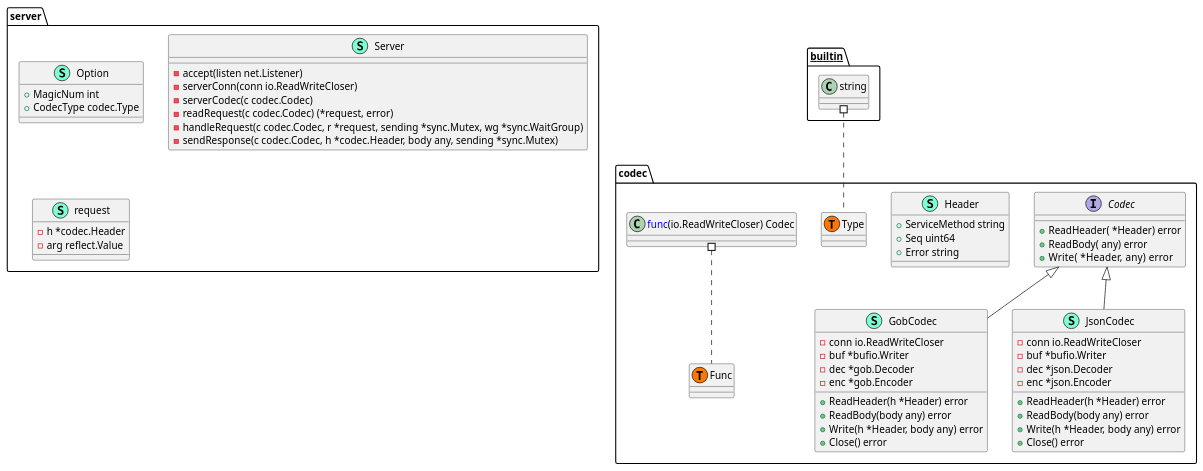
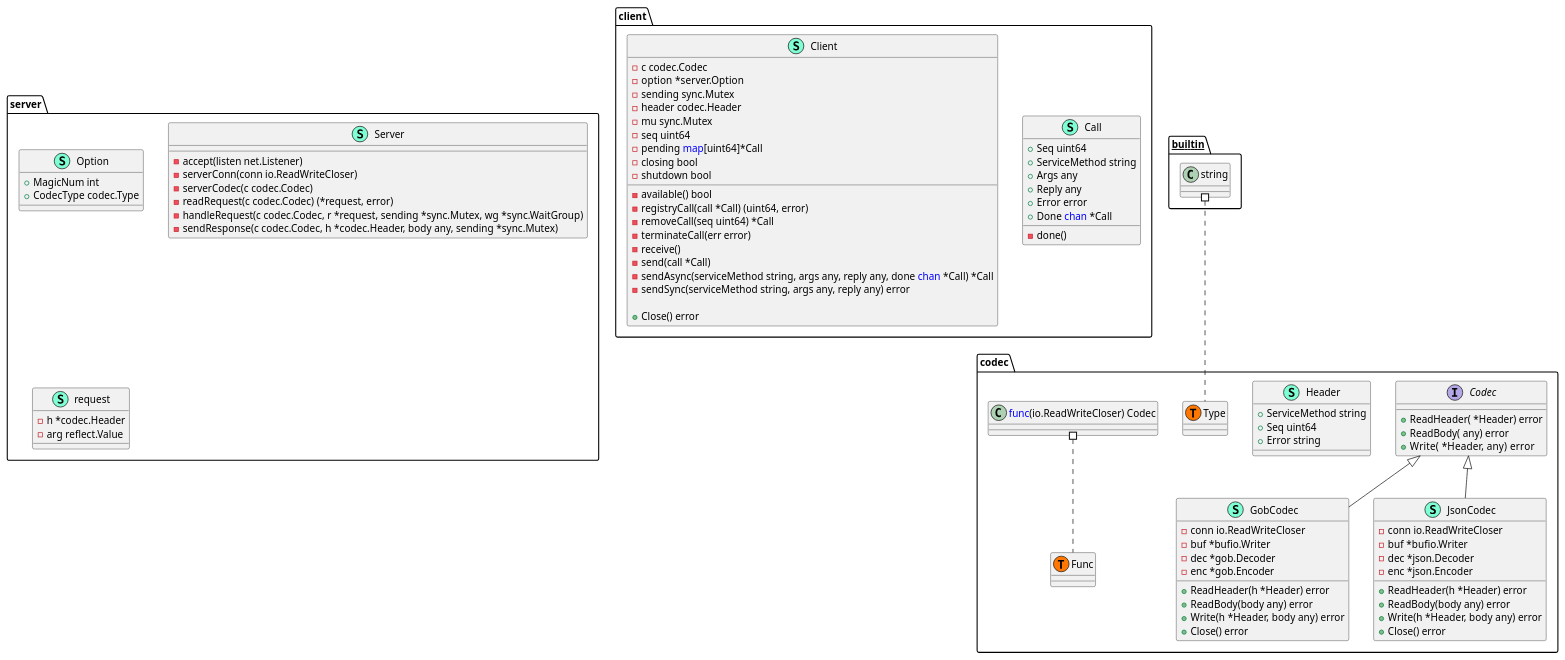
One commit to xiaokexiang/go-rpc-demo changed the diagram in go-rpc.puml. Above: the diagram before and after it, drawn with PlantUML. The commit also changed 4 other files, not shown here.

```diff
--- a/go-rpc.puml
+++ b/go-rpc.puml
@@ -1,76 +1,114 @@
 @startuml
+namespace client {
+    class Call << (S,Aquamarine) >> {
+        + Seq uint64
+        + ServiceMethod string
+        + Args any
+        + Reply any
+        + Error error
+        + Done <font color=blue>chan</font> *Call
+
+        - done() 
+
+    }
+    class Client << (S,Aquamarine) >> {
+        - c codec.Codec
+        - option *server.Option
+        - sending sync.Mutex
+        - header codec.Header
+        - mu sync.Mutex
+        - seq uint64
+        - pending <font color=blue>map</font>[uint64]*Call
+        - closing bool
+        - shutdown bool
+
+        - available() bool
+        - registryCall(call *Call) (uint64, error)
+        - removeCall(seq uint64) *Call
+        - terminateCall(err error) 
+        - receive() 
+        - send(call *Call) 
+        - sendAsync(serviceMethod string, args any, reply any, done <font color=blue>chan</font> *Call) *Call
+        - sendSync(serviceMethod string, args any, reply any) error
+
+        + Close() error
+
+    }
+}
+
+
 namespace codec {
     interface Codec  {
         + ReadHeader( *Header) error
         + ReadBody( any) error
         + Write( *Header,  any) error
 
     }
     class GobCodec << (S,Aquamarine) >> {
         - conn io.ReadWriteCloser
         - buf *bufio.Writer
         - dec *gob.Decoder
         - enc *gob.Encoder
 
         + ReadHeader(h *Header) error
         + ReadBody(body any) error
         + Write(h *Header, body any) error
         + Close() error
 
     }
     class Header << (S,Aquamarine) >> {
         + ServiceMethod string
         + Seq uint64
         + Error string
 
     }
     class JsonCodec << (S,Aquamarine) >> {
         - conn io.ReadWriteCloser
         - buf *bufio.Writer
         - dec *json.Decoder
         - enc *json.Encoder
 
         + ReadHeader(h *Header) error
         + ReadBody(body any) error
         + Write(h *Header, body any) error
         + Close() error
 
     }
     class codec.Func << (T, #FF7700) >>  {
     }
     class codec.Type << (T, #FF7700) >>  {
     }
     class "<font color=blue>func</font>(io.ReadWriteCloser) Codec" as fontcolorbluefuncfontioReadWriteCloserCodec {
         'This class was created so that we can correctly have an alias pointing to this name. Since it contains dots that can break namespaces
     }
 }
 
 "codec.Codec" <|-- "codec.GobCodec"
 "codec.Codec" <|-- "codec.JsonCodec"
 
 namespace server {
     class Option << (S,Aquamarine) >> {
         + MagicNum int
         + CodecType codec.Type
 
     }
     class Server << (S,Aquamarine) >> {
         - accept(listen net.Listener) 
         - serverConn(conn io.ReadWriteCloser) 
         - serverCodec(c codec.Codec) 
         - readRequest(c codec.Codec) (*request, error)
         - handleRequest(c codec.Codec, r *request, sending *sync.Mutex, wg *sync.WaitGroup) 
         - sendResponse(c codec.Codec, h *codec.Header, body any, sending *sync.Mutex) 
 
     }
     class request << (S,Aquamarine) >> {
         - h *codec.Header
         - arg reflect.Value
 
     }
 }
 
 
 "__builtin__.string" #.. "codec.Type"
 "codec.fontcolorbluefuncfontioReadWriteCloserCodec" #.. "codec.Func"
 @enduml
```
